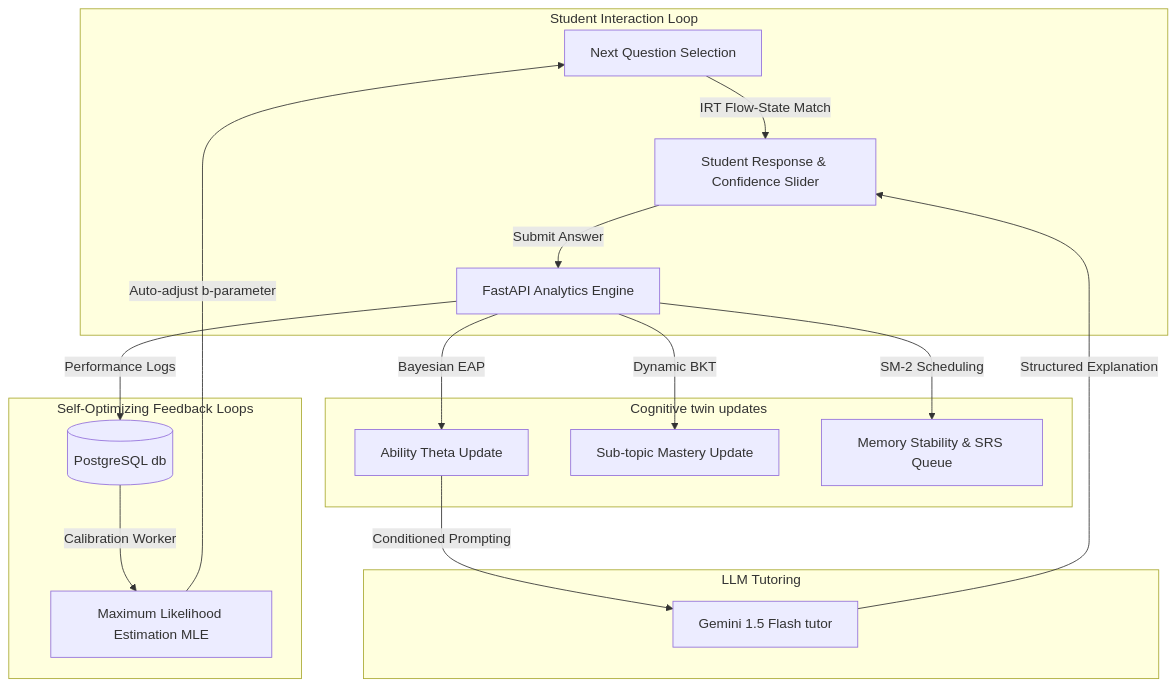
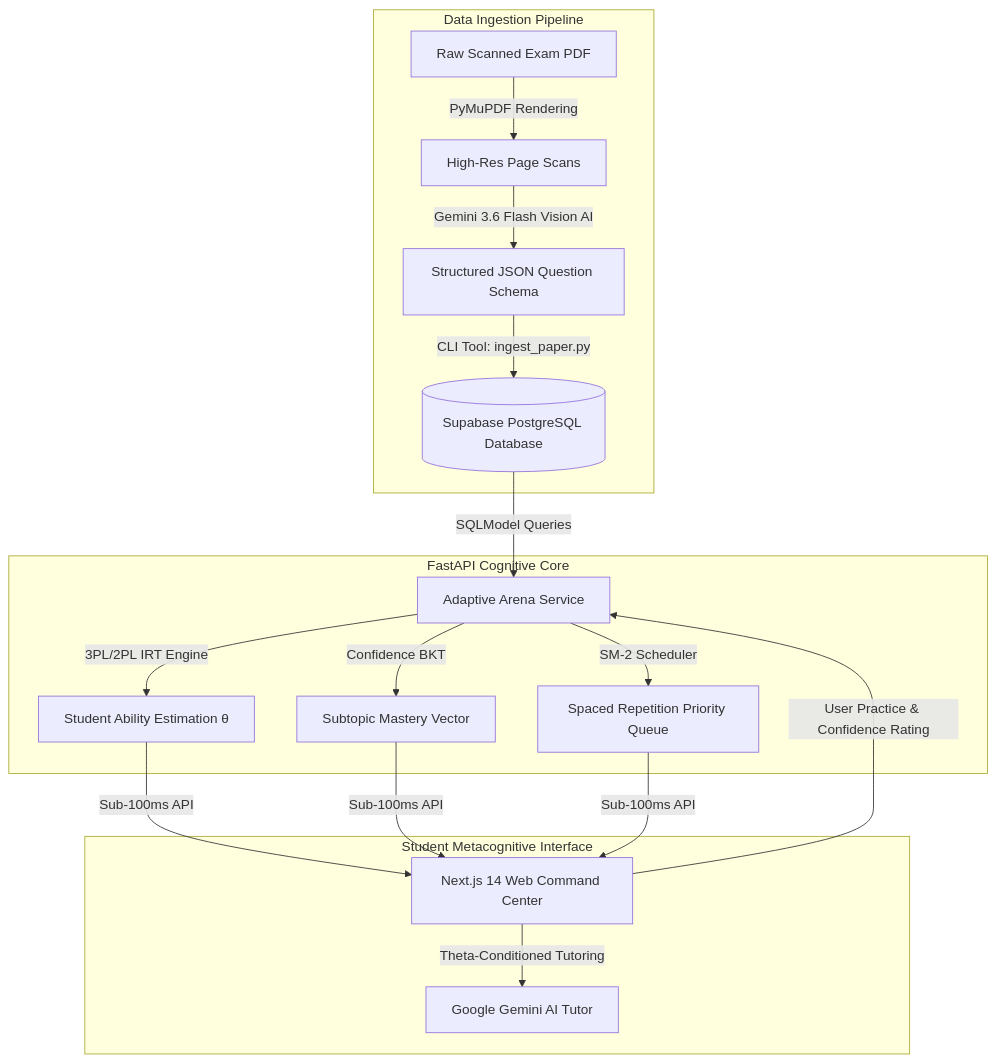
One commit to Brahamanbtp/Officers_Arena changed the diagram in README.md. Above: the diagram before and after it, drawn with Mermaid. The commit also changed other lines of this file and 2 other files, not shown here.

````diff
--- a/README.md
+++ b/README.md
@@ -5,24 +50,21 @@
 ```mermaid
 flowchart TD
-    subgraph Student Interaction Loop
-        A[Next Question Selection] -->|IRT Flow-State Match| B[Student Response & Confidence Slider]
-        B -->|Submit Answer| C[FastAPI Analytics Engine]
+    subgraph Data Ingestion Pipeline
+        A[Raw Scanned Exam PDF] -->|PyMuPDF Rendering| B[High-Res Page Scans]
+        B -->|Gemini 3.6 Flash Vision AI| C[Structured JSON Question Schema]
+        C -->|CLI Tool: ingest_paper.py| D[(Supabase PostgreSQL Database)]
     end
 
-    subgraph Cognitive twin updates
-        C -->|Bayesian EAP| D[Ability Theta Update]
-        C -->|Dynamic BKT| E[Sub-topic Mastery Update]
-        C -->|SM-2 Scheduling| F[Memory Stability & SRS Queue]
+    subgraph FastAPI Cognitive Core
+        D -->|SQLModel Queries| E[Adaptive Arena Service]
+        E -->|3PL/2PL IRT Engine| F[Student Ability Estimation θ]
+        E -->|Confidence BKT| G[Subtopic Mastery Vector]
+        E -->|SM-2 Scheduler| H[Spaced Repetition Priority Queue]
     end
 
-    subgraph Self-Optimizing Feedback Loops
-        C -->|Performance Logs| G[(PostgreSQL db)]
-        G -->|Calibration Worker| H[Maximum Likelihood Estimation MLE]
-        H -->|Auto-adjust b-parameter| A
-    end
-
-    subgraph LLM Tutoring
-        D -->|Conditioned Prompting| I[Gemini 1.5 Flash tutor]
-        I -->|Structured Explanation| B
+    subgraph Student Metacognitive Interface
+        F & G & H -->|Sub-100ms API| I[Next.js 14 Web Command Center]
+        I -->|User Practice & Confidence Rating| E
+        I -->|Theta-Conditioned Tutoring| J[Google Gemini AI Tutor]
     end
 ```
````
